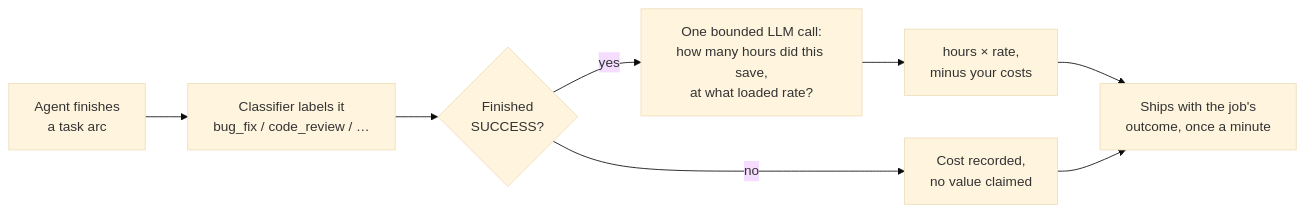
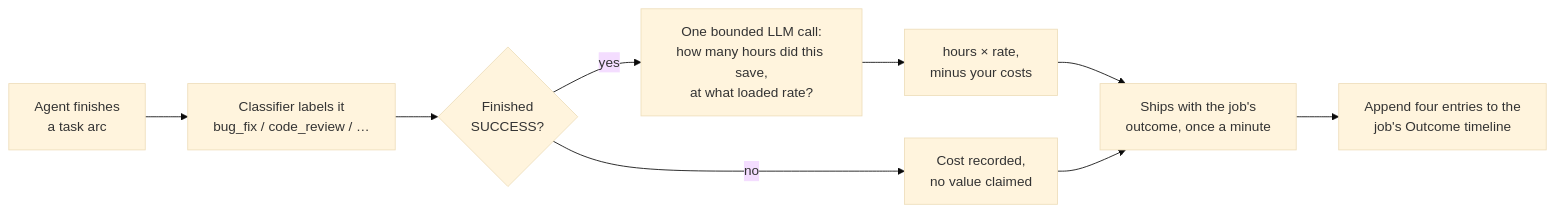
The diagram in docs/value-overview.md (revenium/hermes-revenium), drawn with Mermaid (base theme) before and after one commit. The commit also changed other lines of this file and 4 other files, not shown here.

````diff
--- a/docs/value-overview.md
+++ b/docs/value-overview.md
@@ -27,10 +27,11 @@
 ```mermaid
 flowchart LR
     A["Agent finishes<br/>a task arc"] --> B["Classifier labels it<br/>bug_fix / code_review / …"]
     B --> C{"Finished<br/>SUCCESS?"}
     C -->|no| F["Cost recorded,<br/>no value claimed"]
     C -->|yes| D["One bounded LLM call:<br/>how many hours did this save,<br/>at what loaded rate?"]
     D --> E["hours × rate,<br/>minus your costs"]
     E --> G["Ships with the job's<br/>outcome, once a minute"]
     F --> G
+    G --> H["Append four entries to the<br/>job's Outcome timeline"]
 ```
````
